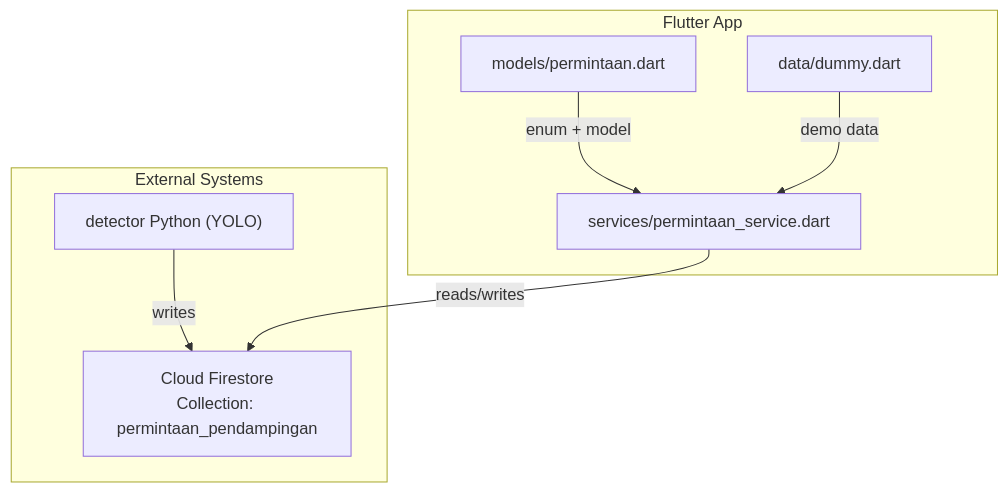
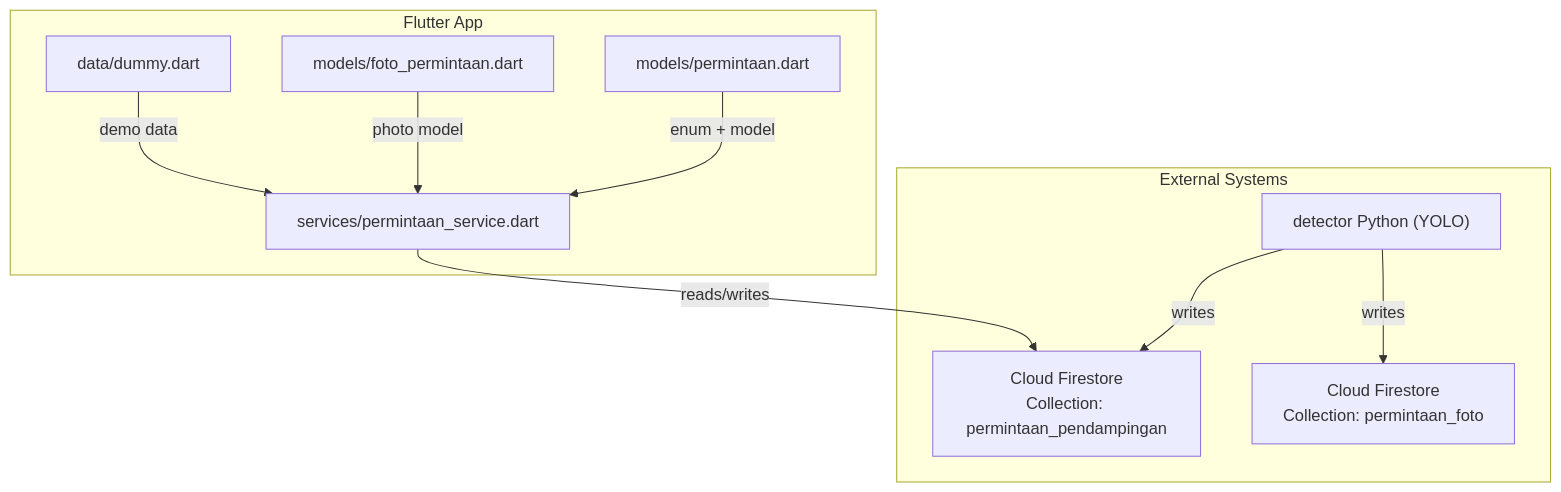
The first of 3 diagrams in .qoder/repowiki/en/content/Data Models & Schema.md (rdsarjito/whoosh-ramah), drawn with Mermaid before and after one commit. The commit also changed other lines of this file and 68 other files, not shown here.

````diff
--- a/.qoder/repowiki/en/content/Data Models & Schema.md
+++ b/.qoder/repowiki/en/content/Data Models & Schema.md
@@ -30,16 +42,20 @@
 ```mermaid
 graph TB
 subgraph "Flutter App"
 M["models/permintaan.dart"]
+FM["models/foto_permintaan.dart"]
 S["services/permintaan_service.dart"]
 D["data/dummy.dart"]
 end
 subgraph "External Systems"
 F["Cloud Firestore<br/>Collection: permintaan_pendampingan"]
+FP["Cloud Firestore<br/>Collection: permintaan_foto"]
 PY["detector Python (YOLO)"]
 end
 PY --> |"writes"| F
+PY --> |"writes"| FP
 S --> |"reads/writes"| F
 M --> |"enum + model"| S
+FM --> |"photo model"| S
 D --> |"demo data"| S
 ```
````
